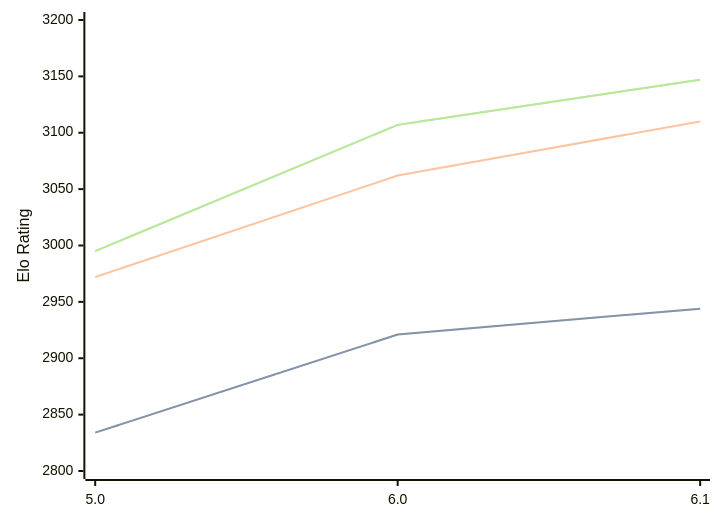
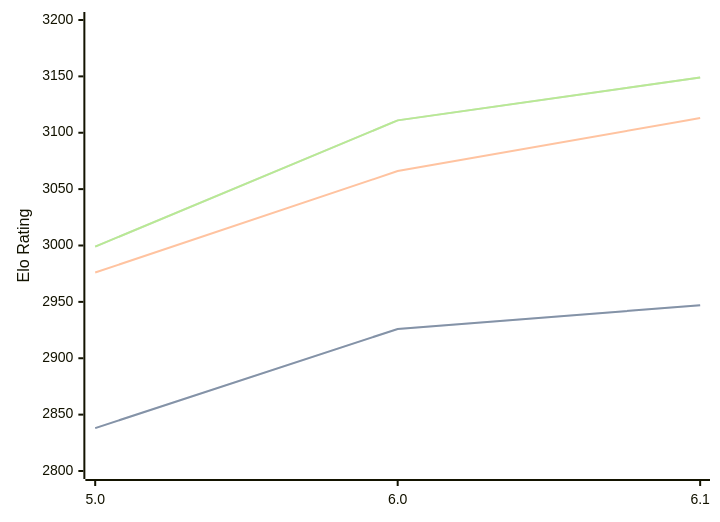
Before and after one commit to computer-chess-index/cci: the diagram in engines/PZChessBot.md, drawn with Mermaid. The commit also changed other lines of this file, not shown here.

Commit message:
Update CCI Ratings (ELO VLTC) - 2026-02-24

````diff
--- a/engines/PZChessBot.md
+++ b/engines/PZChessBot.md
@@ -39,11 +39,11 @@
 ```mermaid
 %%{init: {"theme":"base","themeVariables":{"seriesColors:['#a3a3a3','#222221','#faa371']}}}%%
 xychart-beta
   x-axis ["5.0", "6.0", "6.1"]
   y-axis "Elo Rating" 2800 --> 3200
-  line "STC (8.0+0.08s)" [2834, 2921, 2944]
-  line "STC (8.0+0.08s)" [2834, 2921, 2944]
-  line "LTC (60.0+0.60s)" [2972, 3062, 3110]
-  line "VLTC (2m24s+1.12s)" [2995, 3107, 3147]
-  line "VLTC (2m24s+1.12s)" [2995, 3107, 3147]
+  line "STC (8.0+0.08s)" [2838, 2926, 2947]
+  line "STC (8.0+0.08s)" [2838, 2926, 2947]
+  line "LTC (60.0+0.60s)" [2976, 3066, 3113]
+  line "VLTC (2m24s+1.12s)" [2999, 3111, 3149]
+  line "VLTC (2m24s+1.12s)" [2999, 3111, 3149]
 ```
````
